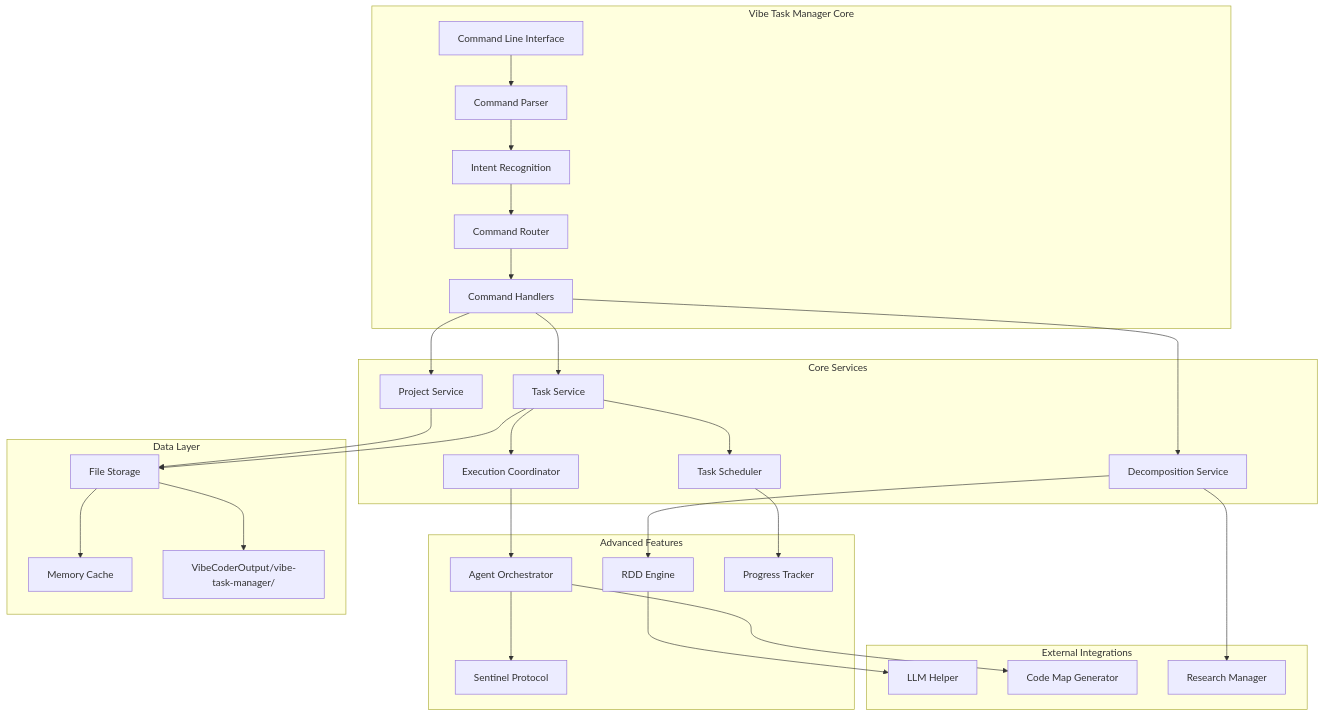
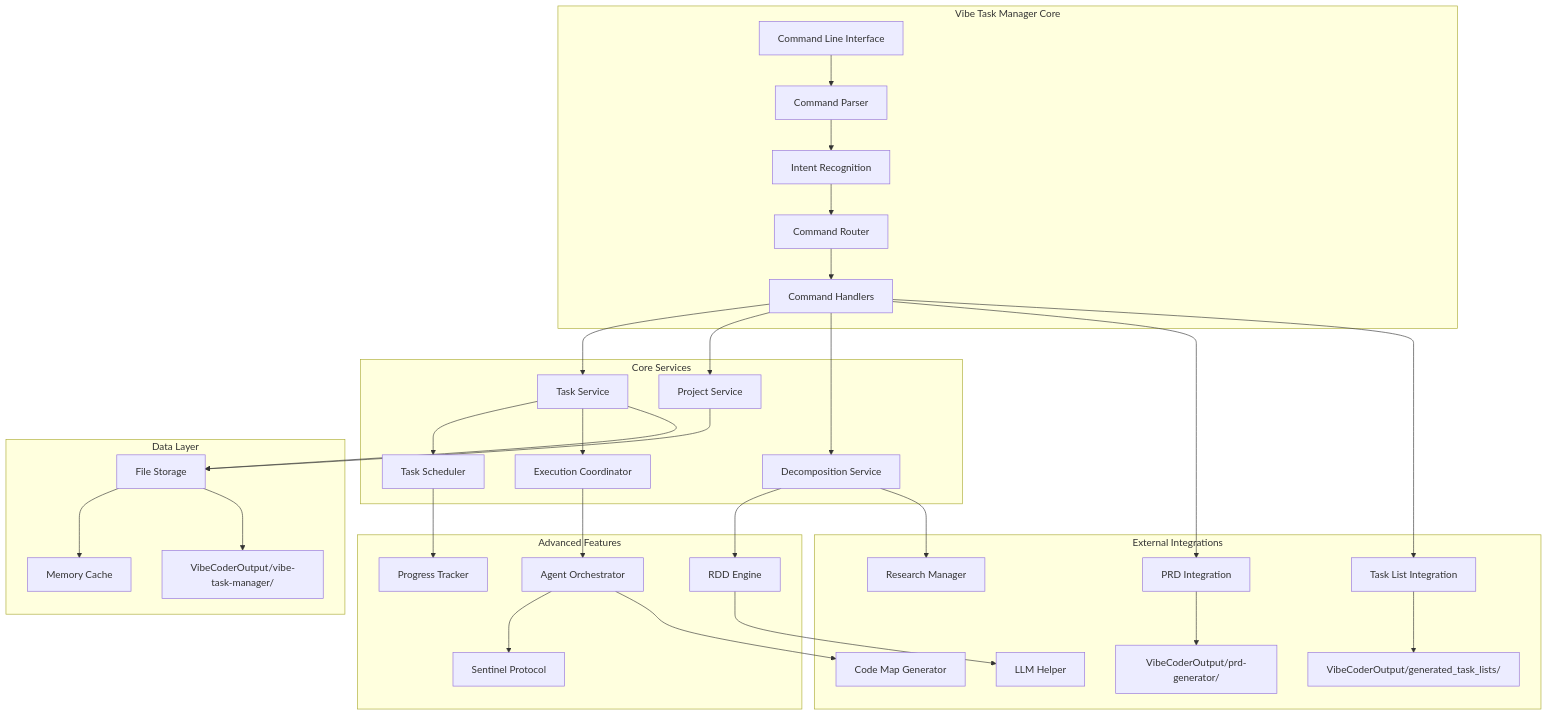
Before and after one commit to tektite-io/Vibe-Coder-MCP: the first of 3 diagrams in src/tools/vibe-task-manager/README.md, drawn with Mermaid. The commit also changed other lines of this file and 457 other files, not shown here.

````diff
--- a/src/tools/vibe-task-manager/README.md
+++ b/src/tools/vibe-task-manager/README.md
@@ -40,37 +41,41 @@
 ```mermaid
 flowchart TD
     subgraph "Vibe Task Manager Core"
         CLI[Command Line Interface] --> Parser[Command Parser]
         Parser --> Intent[Intent Recognition]
         Intent --> Router[Command Router]
         Router --> Handlers[Command Handlers]
     end
 
     subgraph "Core Services"
         Handlers --> TaskService[Task Service]
         Handlers --> ProjectService[Project Service]
         Handlers --> DecompositionService[Decomposition Service]
         TaskService --> Scheduler[Task Scheduler]
         TaskService --> Executor[Execution Coordinator]
     end
 
     subgraph "Advanced Features"
         DecompositionService --> RDD[RDD Engine]
         Executor --> AgentOrch[Agent Orchestrator]
         Scheduler --> ProgressTracker[Progress Tracker]
         AgentOrch --> Sentinel[Sentinel Protocol]
     end
 
     subgraph "Data Layer"
         TaskService --> Storage[File Storage]
         ProjectService --> Storage
         Storage --> Cache[Memory Cache]
         Storage --> FileSystem[VibeCoderOutput/vibe-task-manager/]
     end
 
     subgraph "External Integrations"
         RDD --> LLM[LLM Helper]
         AgentOrch --> CodeMap[Code Map Generator]
         DecompositionService --> Research[Research Manager]
+        Handlers --> PRDIntegration[PRD Integration]
+        Handlers --> TaskListIntegration[Task List Integration]
+        PRDIntegration --> PRDFiles[VibeCoderOutput/prd-generator/]
+        TaskListIntegration --> TaskFiles[VibeCoderOutput/generated_task_lists/]
     end
 ```
````
